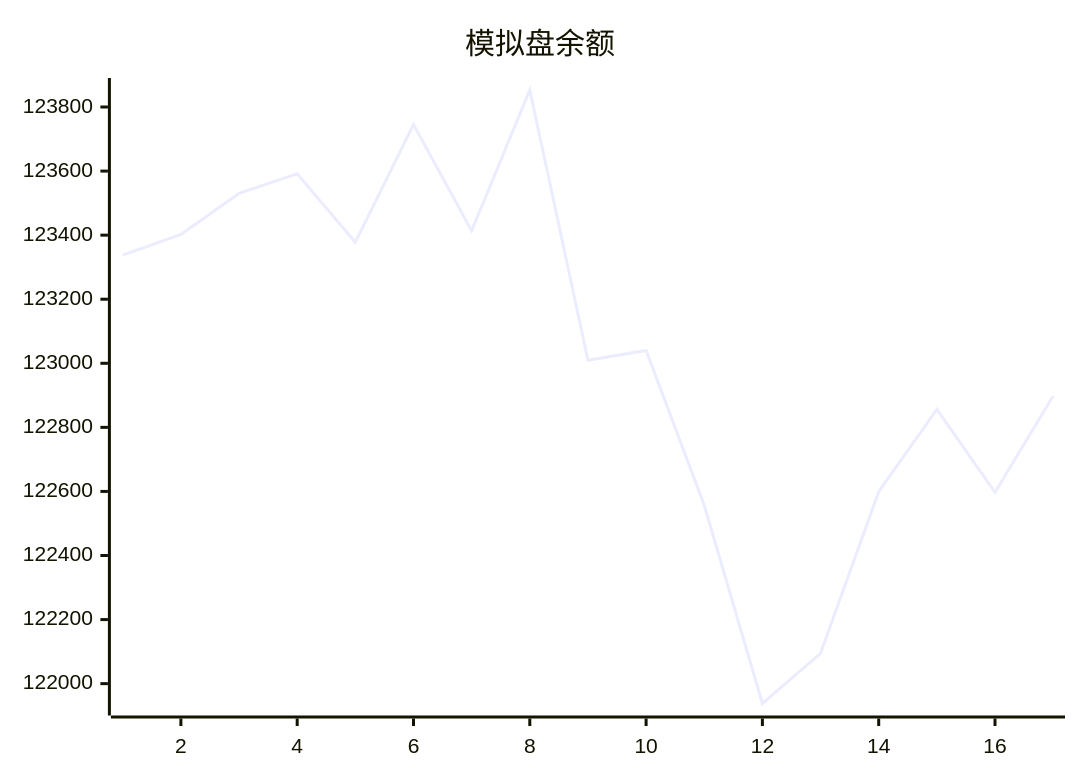
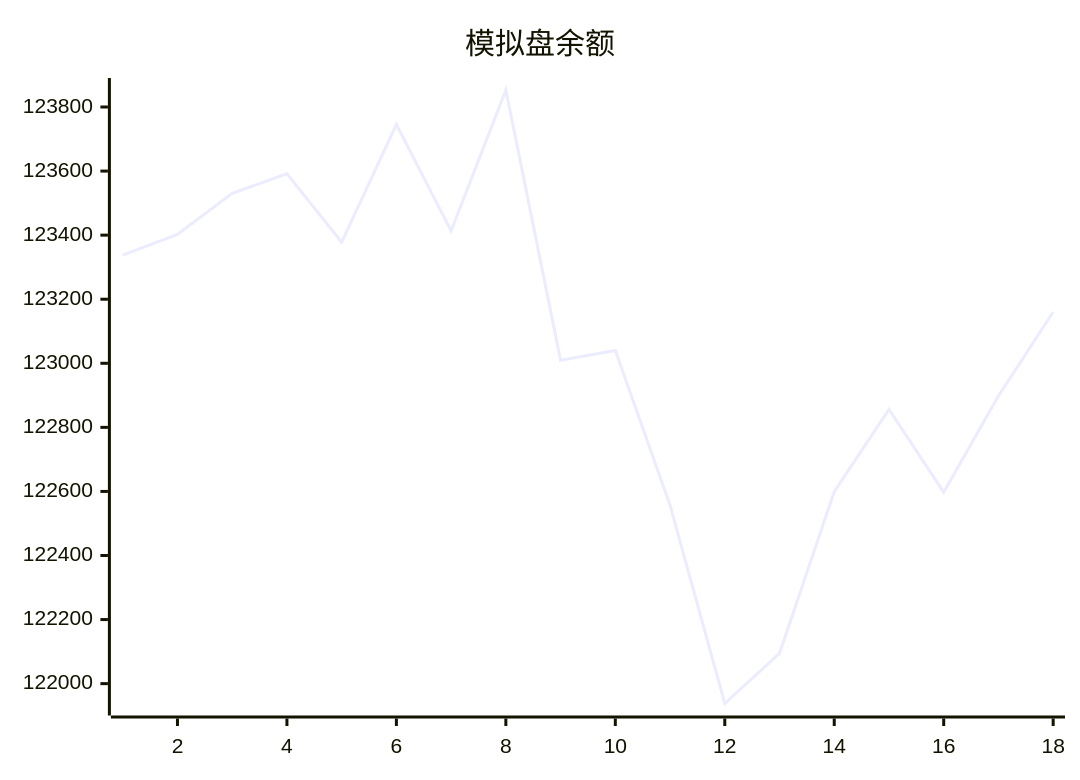
One commit to aahl/mcp-aktools changed the diagram in trading/README.md. Above: the diagram before and after it, drawn with Mermaid. The commit also changed 1 other file, not shown here.

Commit message:
📈 AkTools MCP Server

````diff
--- a/trading/README.md
+++ b/trading/README.md
@@ -3,5 +3,5 @@
 ```mermaid
 xychart
     title "模拟盘余额"
-    line [123337.9,123402.4,123530.3,123591.6,123377.9,123745.3,123413.3,123853.1,123009.4,123039.8,122557.0,121938.0,122094.6,122599.0,122856.1,122597.3,122898.1]
+    line [123337.9,123402.4,123530.3,123591.6,123377.9,123745.3,123413.3,123853.1,123009.4,123039.8,122557.0,121938.0,122094.6,122599.0,122856.1,122597.3,122898.1,123160.2]
 ```
````
